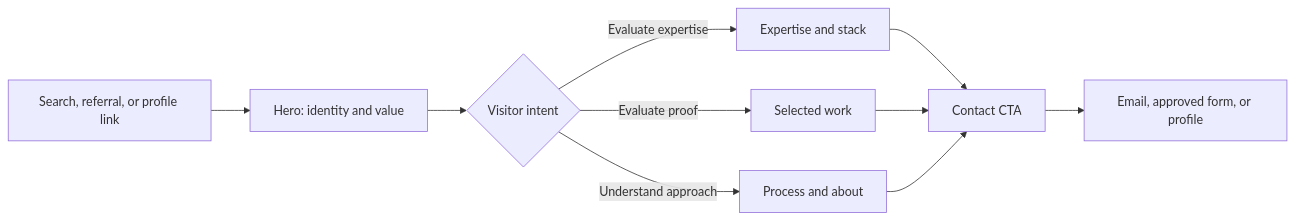
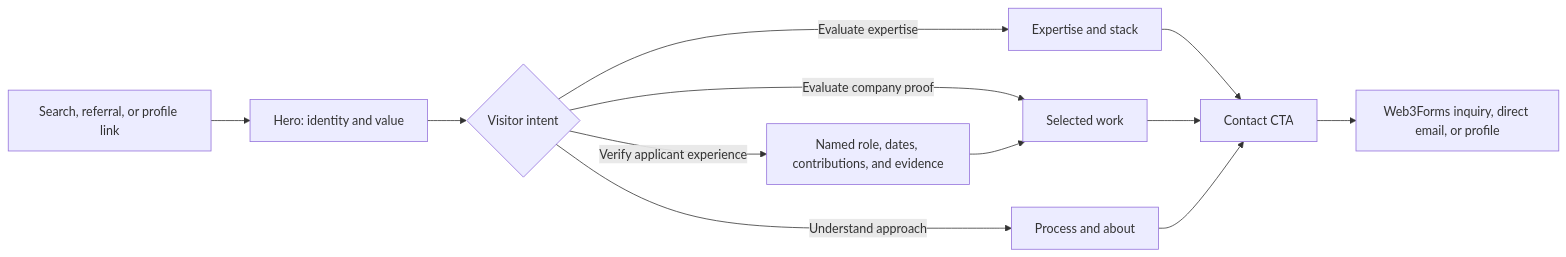
The first of 3 diagrams in JRSphere-Developer-Specification.md (jrspherejrs/website), drawn with Mermaid before and after one commit. The commit also changed other lines of this file, not shown here.

````diff
--- a/JRSphere-Developer-Specification.md
+++ b/JRSphere-Developer-Specification.md
@@ -107,12 +111,14 @@
 ```mermaid
 flowchart LR
   A[Search, referral, or profile link] --> B[Hero: identity and value]
   B --> C{Visitor intent}
   C -->|Evaluate expertise| D[Expertise and stack]
-  C -->|Evaluate proof| E[Selected work]
+  C -->|Evaluate company proof| E[Selected work]
+  C -->|Verify applicant experience| I[Named role, dates, contributions, and evidence]
   C -->|Understand approach| F[Process and about]
   D --> G[Contact CTA]
   E --> G
+  I --> E
   F --> G
-  G --> H[Email, approved form, or profile]
+  G --> H[Web3Forms inquiry, direct email, or profile]
 ```
````
